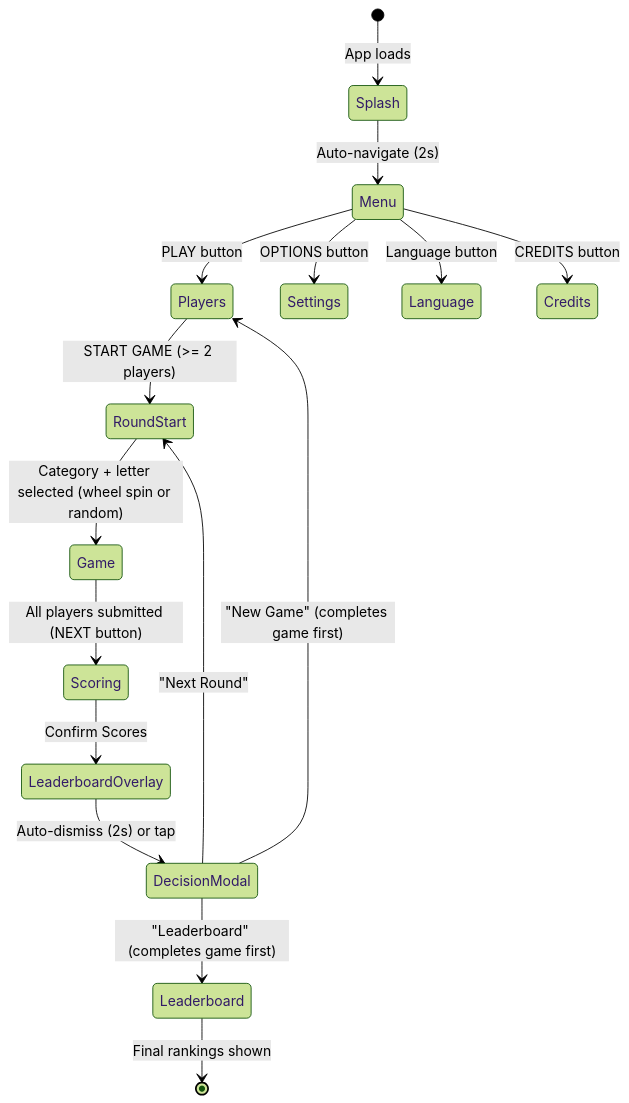
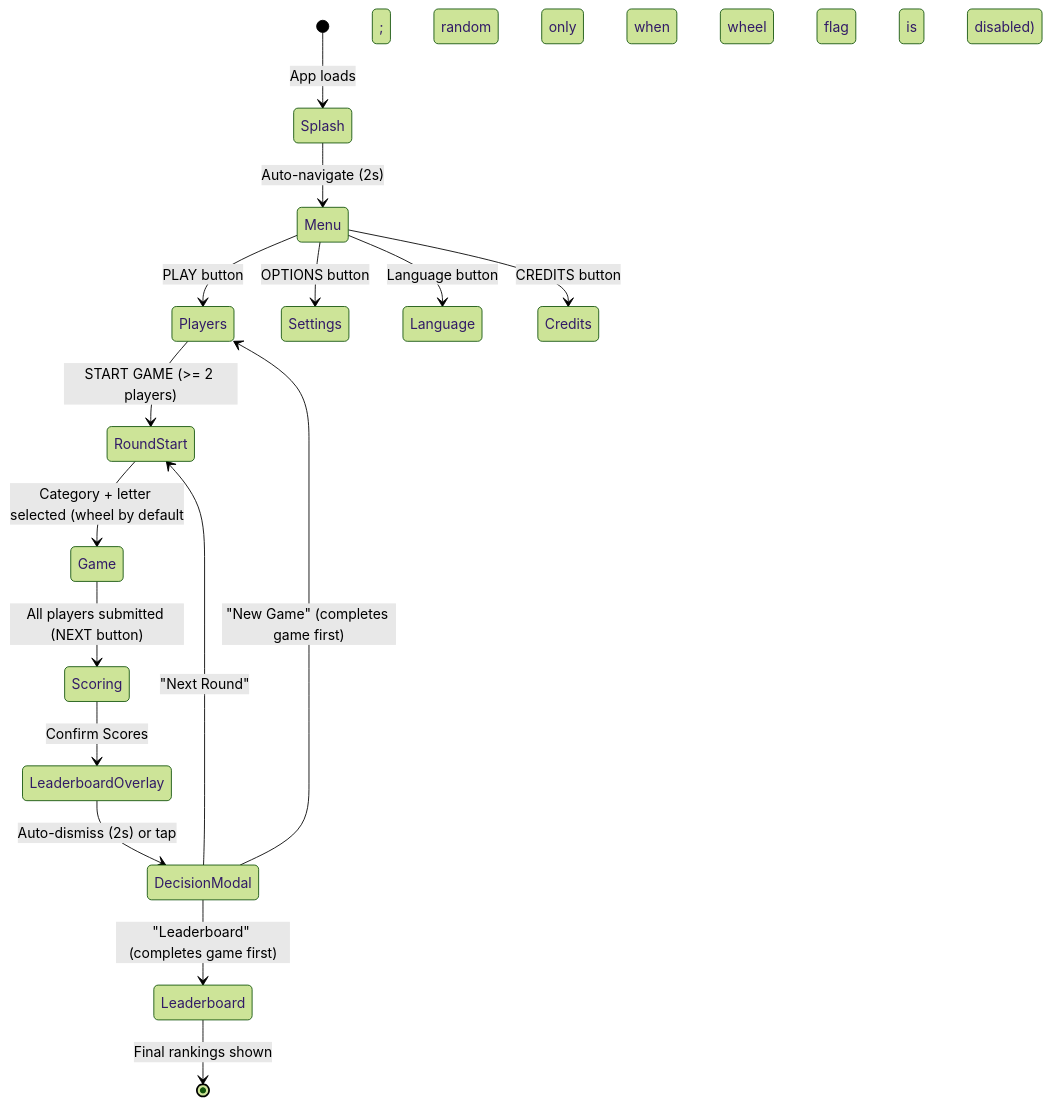
One commit to CloudDevCrusader/riddle-rush-mono-repo changed the diagram in docs/GAME-STATE-FLOW.md. Above: the diagram before and after it, drawn with Mermaid (forest theme). The commit also changed other lines of this file and 1 other file, not shown here.

First line of the commit message:
docs(18-02): codify fortune wheel round-start default contract

````diff
--- a/docs/GAME-STATE-FLOW.md
+++ b/docs/GAME-STATE-FLOW.md
@@ -5,25 +5,25 @@
 ```mermaid
 stateDiagram-v2
     [*] --> Splash: App loads
     Splash --> Menu: Auto-navigate (2s)
 
     Menu --> Players: PLAY button
     Menu --> Settings: OPTIONS button
     Menu --> Language: Language button
     Menu --> Credits: CREDITS button
 
     Players --> RoundStart: START GAME (>= 2 players)
 
-    RoundStart --> Game: Category + letter selected (wheel spin or random)
+    RoundStart --> Game: Category + letter selected (wheel by default; random only when wheel flag is disabled)
 
     Game --> Scoring: All players submitted (NEXT button)
 
     Scoring --> LeaderboardOverlay: Confirm Scores
     LeaderboardOverlay --> DecisionModal: Auto-dismiss (2s) or tap
 
     DecisionModal --> RoundStart: "Next Round"
     DecisionModal --> Players: "New Game" (completes game first)
     DecisionModal --> Leaderboard: "Leaderboard" (completes game first)
 
     Leaderboard --> [*]: Final rankings shown
 ```
````
